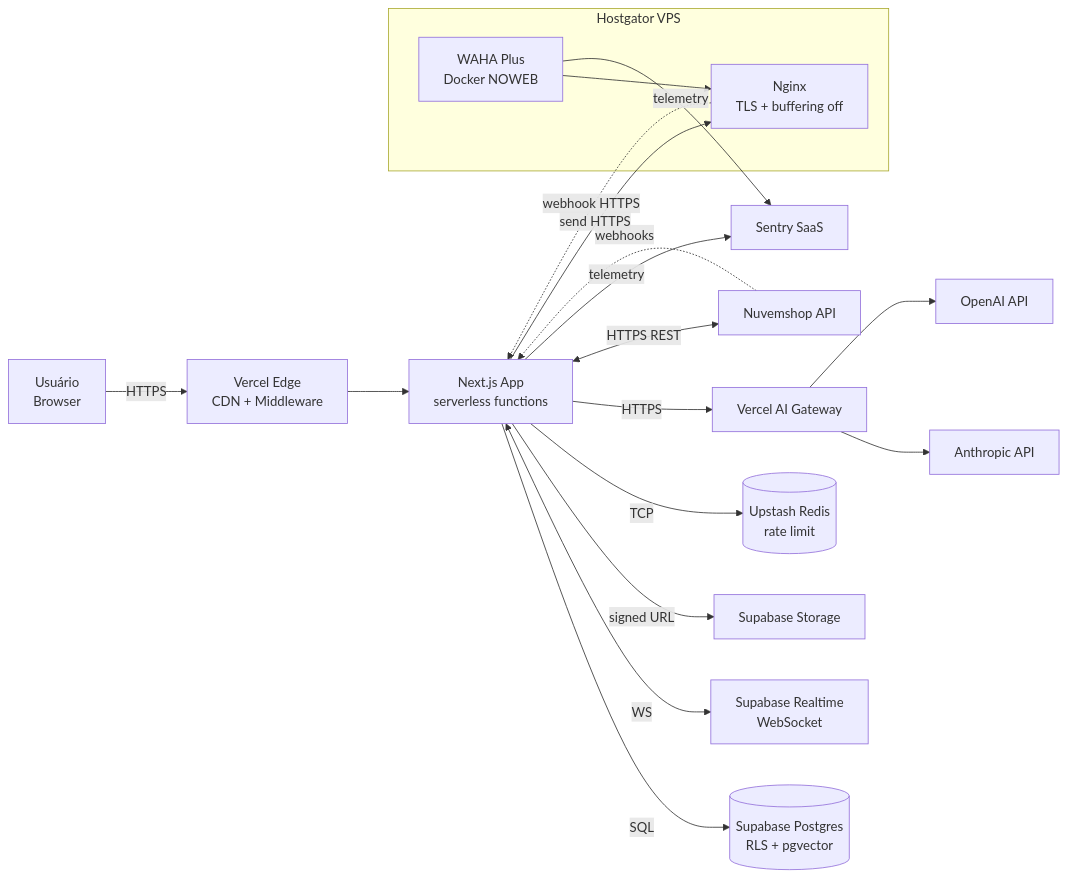
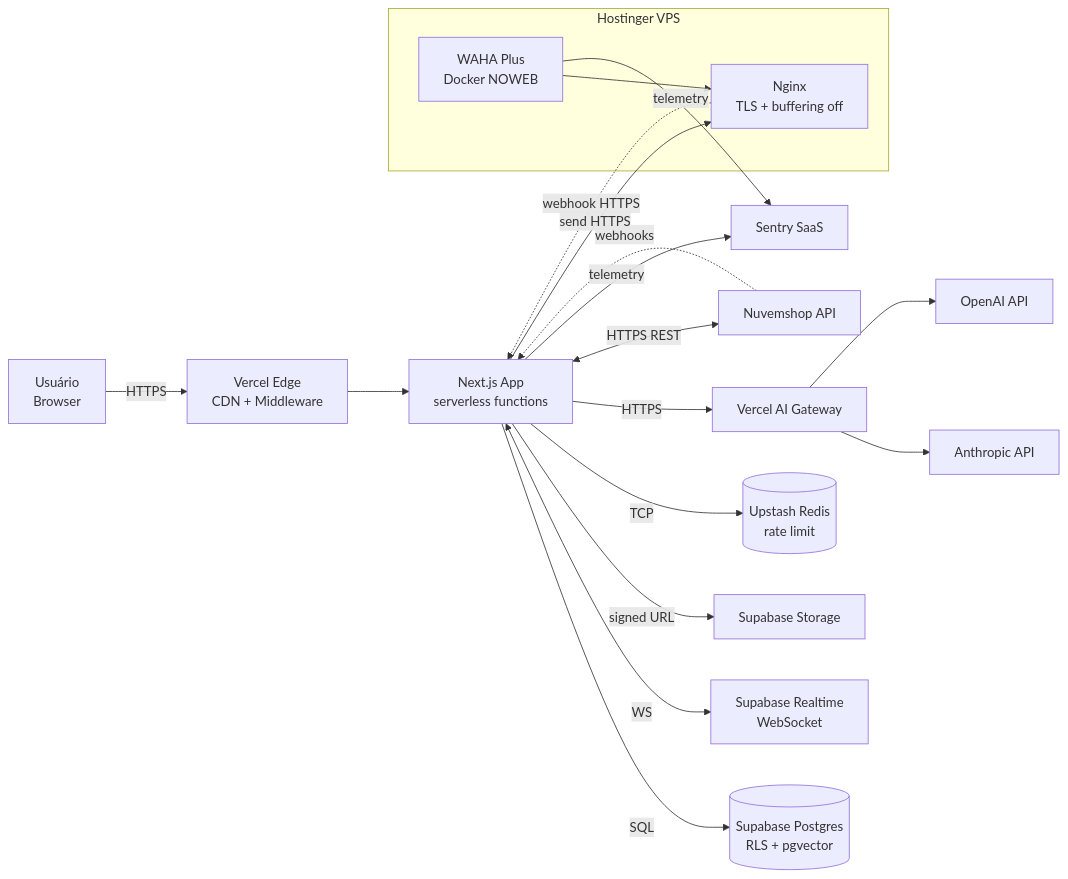
One commit to 1thiagoCRUZ/deskcomm-treenity changed the tenth of 15 diagrams in docs/research/architecture-diagrams.md. Above: the diagram before and after it, drawn with Mermaid. The commit also changed other lines of this file and 124 other files, not shown here.

````diff
--- a/docs/research/architecture-diagrams.md
+++ b/docs/research/architecture-diagrams.md
@@ -615,43 +615,43 @@
 ```mermaid
 graph LR
     User[Usuário<br/>Browser]
     Edge[Vercel Edge<br/>CDN + Middleware]
     App[Next.js App<br/>serverless functions]
 
     PG[(Supabase Postgres<br/>RLS + pgvector)]
     RT[Supabase Realtime<br/>WebSocket]
     ST[Supabase Storage]
     Redis[(Upstash Redis<br/>rate limit)]
 
     AIGW[Vercel AI Gateway]
     Anthropic[Anthropic API]
     OpenAI[OpenAI API]
 
     NS[Nuvemshop API]
 
-    subgraph Hostgator[Hostgator VPS]
+    subgraph Hostinger[Hostinger VPS]
         Nginx[Nginx<br/>TLS + buffering off]
         WAHA[WAHA Plus<br/>Docker NOWEB]
     end
 
     Sentry[Sentry SaaS]
 
     User -->|HTTPS| Edge
     Edge --> App
     App -->|SQL| PG
     App <-->|WS| RT
     App -->|signed URL| ST
     App -->|TCP| Redis
     App -->|HTTPS| AIGW
     AIGW --> Anthropic
     AIGW --> OpenAI
     App <-->|HTTPS REST| NS
     NS -.->|webhooks| App
 
     WAHA --> Nginx
     Nginx -.->|webhook HTTPS| App
     App -->|send HTTPS| Nginx
 
     App -->|telemetry| Sentry
     WAHA -->|telemetry| Sentry
 ```
````
